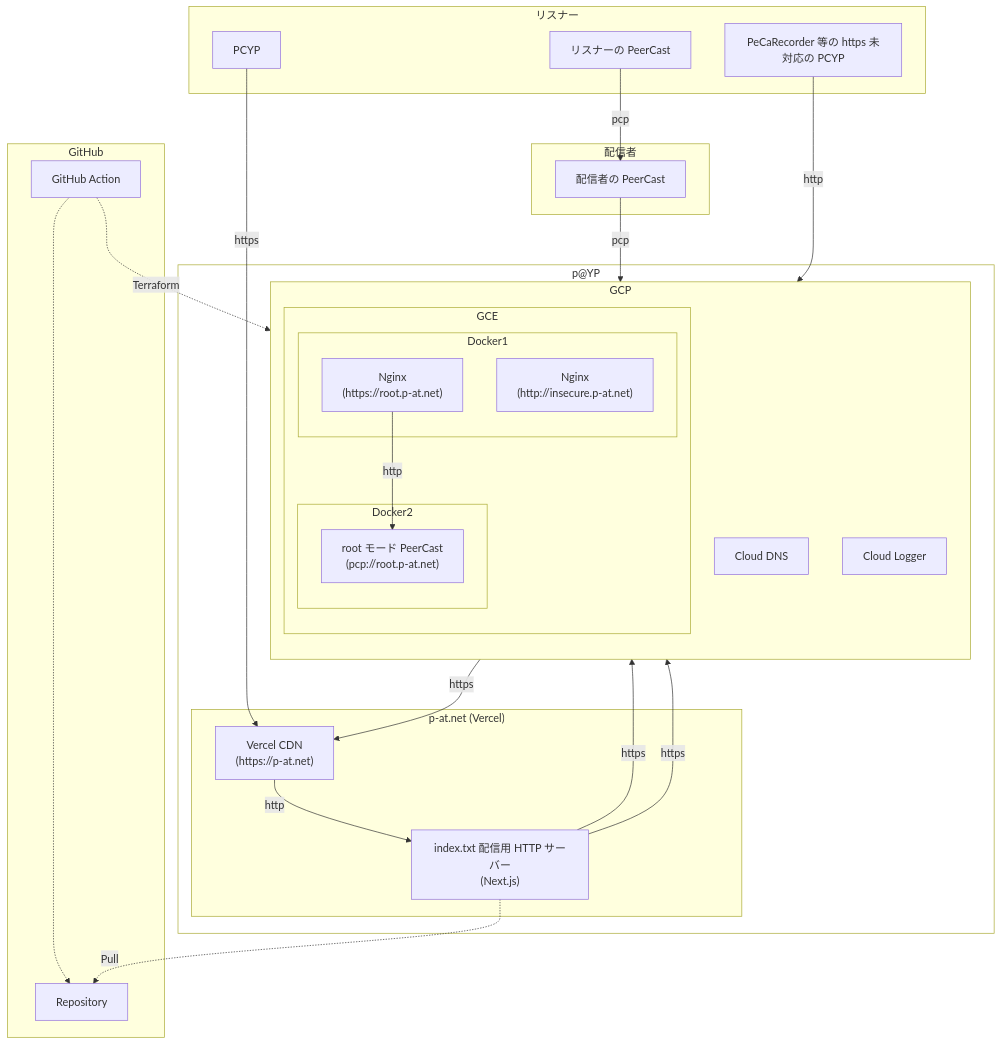
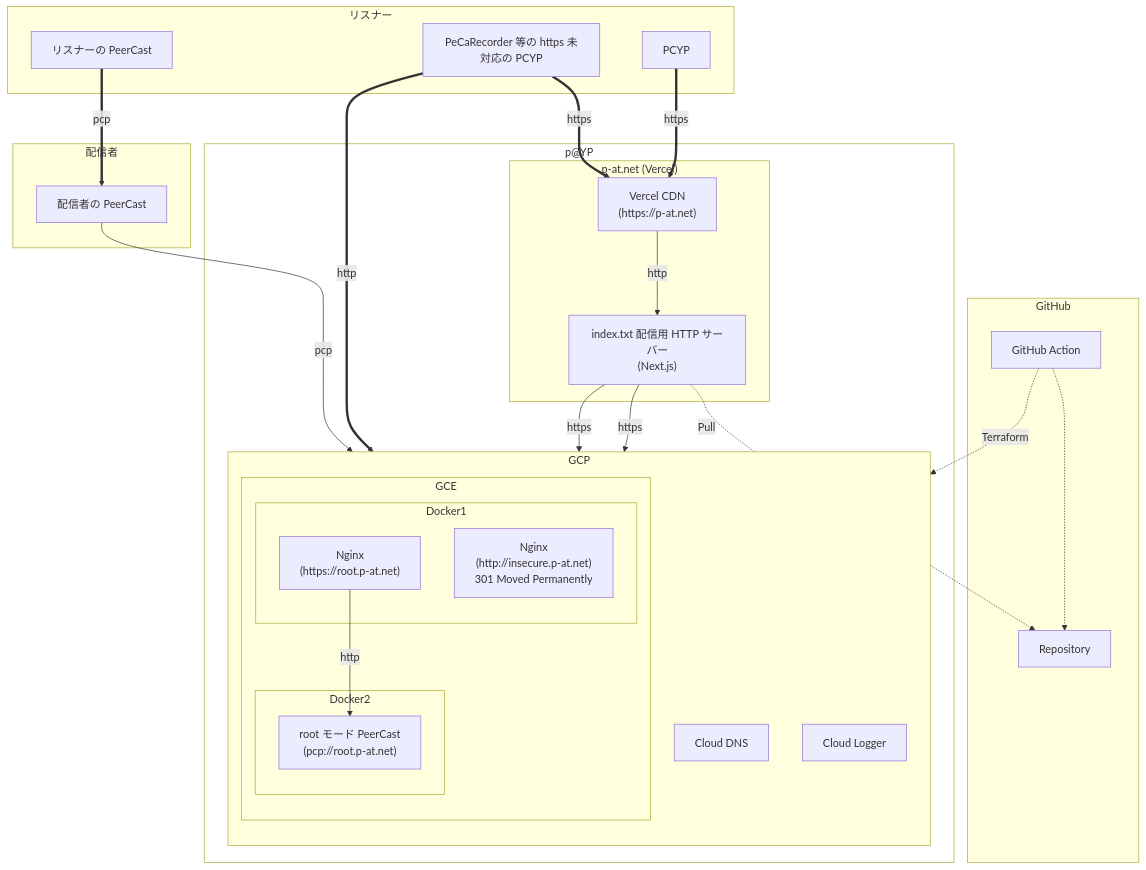
Before and after one commit to progre/pp: the first of 2 diagrams in README.md, drawn with Mermaid. The commit also changed other lines of this file, not shown here.

````diff
--- a/README.md
+++ b/README.md
@@ -1,54 +3,54 @@
 ```mermaid
 flowchart TD
 
 subgraph "リスナー"
   listener
   browser
   pecareco
 end
 
 subgraph "配信者"
   broadcaster
 end
 
 subgraph "GitHub"
   Repository
   gha -.-> Repository
 end
 
 style pat fill:#0000
 subgraph pat["p@YP"]
   subgraph vercel["p-at.net (Vercel)"]
-    isr["Vercel CDN\n(https://p-at.net)"]
-    www["index.txt 配信用 HTTP サーバー\n(Next.js)"]
+    isr["Vercel CDN<br>(https://p-at.net)"]
+    www["index.txt 配信用 HTTP サーバー<br>(Next.js)"]
   end
 
   subgraph GCP
     direction TB
     subgraph GCE
       subgraph docker1["Docker1"]
-        nginxroot["Nginx\n(https://root.p-at.net)"]
-        nginxinsecure["Nginx\n(http://insecure.p-at.net)"]
+        nginxinsecure["Nginx<br>(http://insecure.p-at.net)<br>301 Moved Permanently"]
+        nginxroot["Nginx<br>(https://root.p-at.net)"]
       end
       subgraph docker2["Docker2"]
-        root["root モード PeerCast\n(pcp://root.p-at.net)"];
+        root["root モード PeerCast<br>(pcp://root.p-at.net)"];
       end
     end
     dns["Cloud DNS"]
     logger["Cloud Logger"]
   end
 end
 
-listener["リスナーの PeerCast"]--pcp-->broadcaster
+listener["リスナーの PeerCast"]==pcp==>broadcaster
 broadcaster["配信者の PeerCast"]--pcp-->root
-browser["PCYP"]--https-->isr
-pecareco["PeCaRecorder 等の https 未対応の PCYP"]--http-->nginxinsecure
-nginxinsecure--https-->isr
+pecareco["PeCaRecorder 等の https 未対応の PCYP"]==http==>nginxinsecure
+pecareco==https==>isr
+browser["PCYP"]==https==>isr
 isr--http-->www;
 www--https-->logger
 www--https-->nginxroot;
 nginxroot--http-->root;
 
 gha["GitHub Action"] -."Terraform".-> GCP
 www -.Pull.-> Repository
 ```
````
